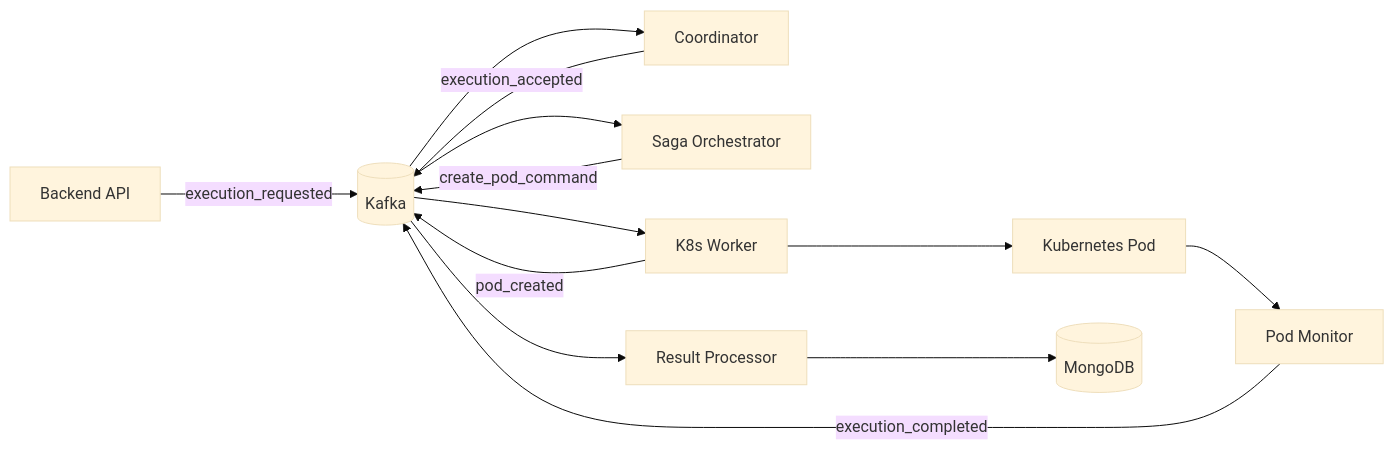
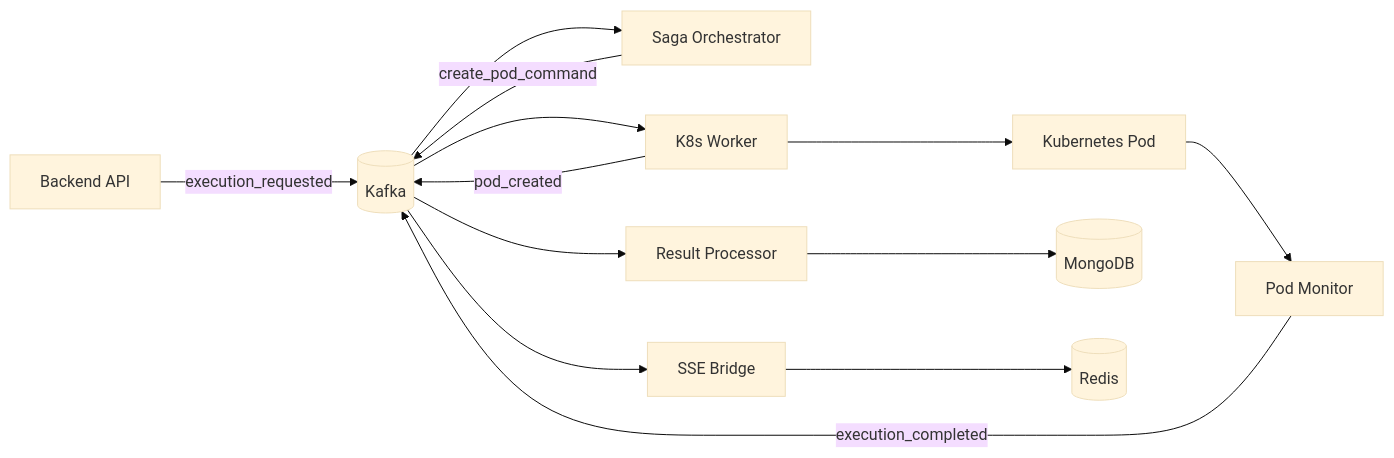
Before and after one commit to HardMax71/Integr8sCode: the diagram in docs/components/workers/index.md, drawn with Mermaid (base theme). The commit also changed other lines of this file and 16 other files, not shown here.

````diff
--- a/docs/components/workers/index.md
+++ b/docs/components/workers/index.md
@@ -10,15 +10,15 @@
 ```mermaid
 graph LR
     API[Backend API] -->|execution_requested| Kafka[(Kafka)]
-    Kafka --> Coord[Coordinator]
-    Coord -->|execution_accepted| Kafka
     Kafka --> Saga[Saga Orchestrator]
     Saga -->|create_pod_command| Kafka
     Kafka --> K8s[K8s Worker]
     K8s -->|pod_created| Kafka
     K8s --> Pod[Kubernetes Pod]
     Pod --> PodMon[Pod Monitor]
     PodMon -->|execution_completed| Kafka
     Kafka --> Result[Result Processor]
     Result --> Mongo[(MongoDB)]
+    Kafka --> SSE[SSE Bridge]
+    SSE --> Redis[(Redis)]
 ```
````
